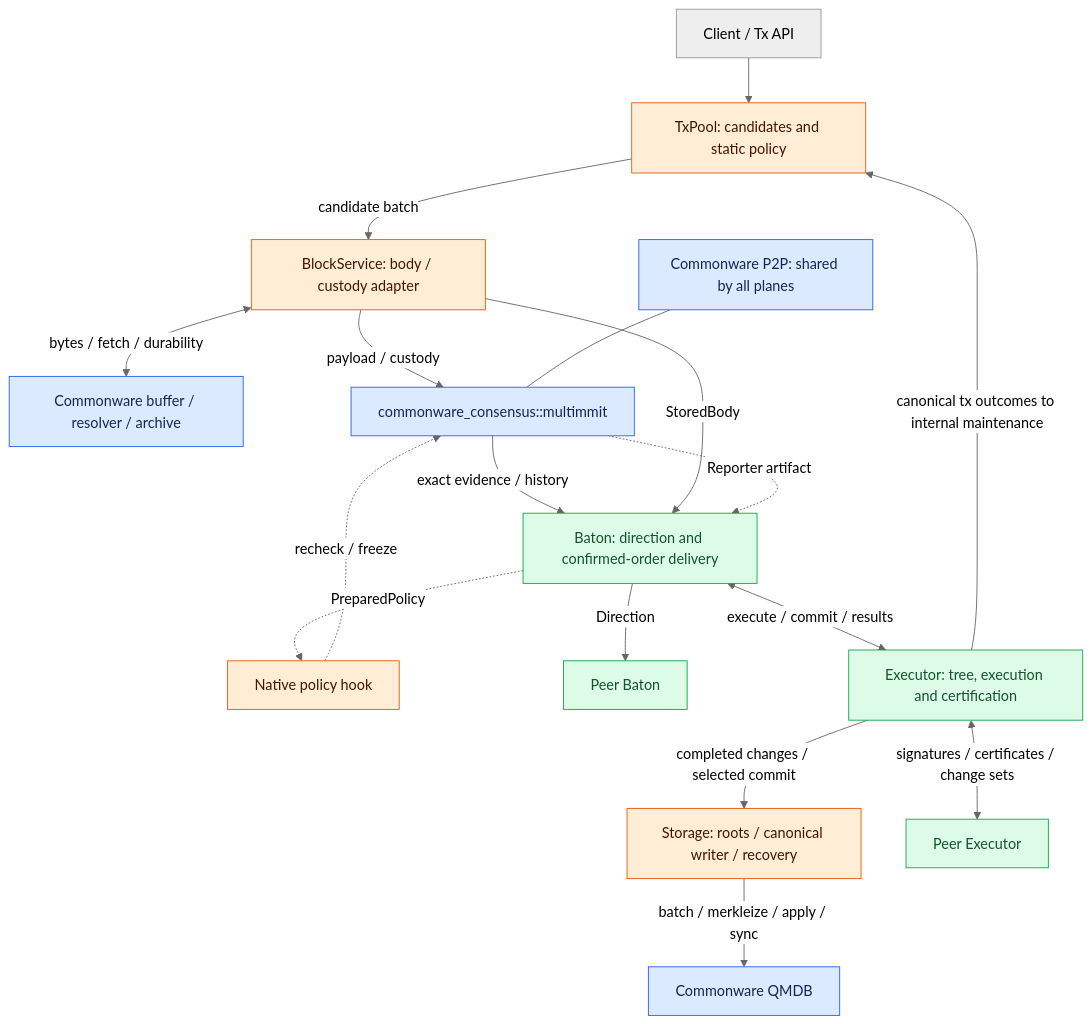
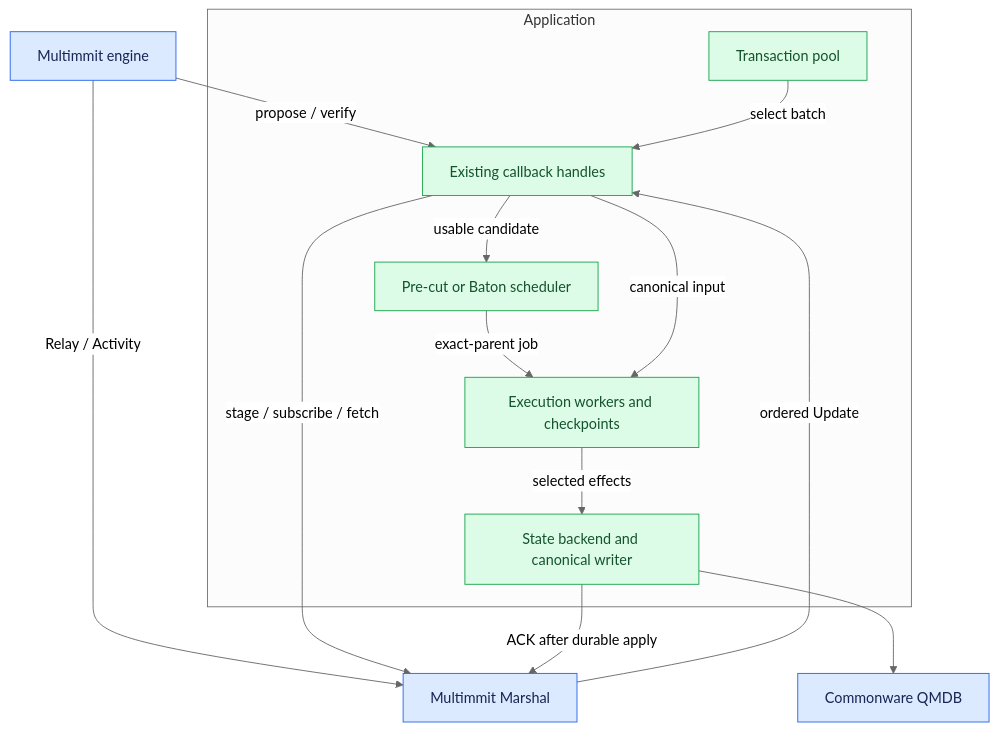
The diagram in docs/assets/diagrams/diagram-01.mmd (djm07073/baton-research), drawn with Mermaid (neutral theme) before and after one commit. The commit also changed 292 other files, not shown here.

Commit message:
docs: redesign Baton around App-owned scheduling

```diff
--- a/docs/assets/diagrams/diagram-01.mmd
+++ b/docs/assets/diagrams/diagram-01.mmd
@@ -1,23 +1,18 @@
 flowchart TB
-    C[Client / Tx API] --> T[TxPool: candidates and static policy]
-    T -->|candidate batch| B[BlockService: body / custody adapter]
-    B <-->|bytes / fetch / durability| BP[Commonware buffer / resolver / archive]
-    B -->|payload / custody| N[commonware_consensus::multimmit]
-    N -->|exact evidence / history| O[Baton: direction and confirmed-order delivery]
-    B -->|StoredBody| O
-    N -. Reporter artifact .-> O
-    O -. PreparedPolicy .-> H[Native policy hook]
-    H -. recheck / freeze .-> N
-    O -->|Direction| PE[Peer Baton]
-    O <-->|execute / commit / results| E[Executor: tree, execution and certification]
-    E -->|completed changes / selected commit| S[Storage: roots / canonical writer / recovery]
-    S -->|batch / merkleize / apply / sync| Q[Commonware QMDB]
-    E <-->|signatures / certificates / change sets| V[Peer Executor]
-    E -->|canonical tx outcomes to internal maintenance| T
-    NET[Commonware P2P: shared by all planes] --- N
+    N[Multimmit engine] -->|propose / verify| A
+    N -->|Relay / Activity| M[Multimmit Marshal]
+    M -->|ordered Update| A
+    A -->|stage / subscribe / fetch| M
+    subgraph APP[Application]
+        T[Transaction pool] -->|select batch| A[Existing callback handles]
+        A -->|usable candidate| S[Pre-cut or Baton scheduler]
+        S -->|exact-parent job| E[Execution workers and checkpoints]
+        A -->|canonical input| E
+        E -->|selected effects| W[State backend and canonical writer]
+    end
+    W -->|ACK after durable apply| M
+    W --> Q[Commonware QMDB]
     classDef reuse fill:#dbeafe,stroke:#2563eb,color:#172554;
-    classDef adapt fill:#ffedd5,stroke:#ea580c,color:#431407;
-    classDef new fill:#dcfce7,stroke:#16a34a,color:#14532d;
-    class N,NET,BP,Q reuse;
-    class T,B,H,S adapt;
-    class O,PE,E,V new;
+    classDef app fill:#dcfce7,stroke:#16a34a,color:#14532d;
+    class N,M,Q reuse;
+    class T,A,S,E,W app;
```
